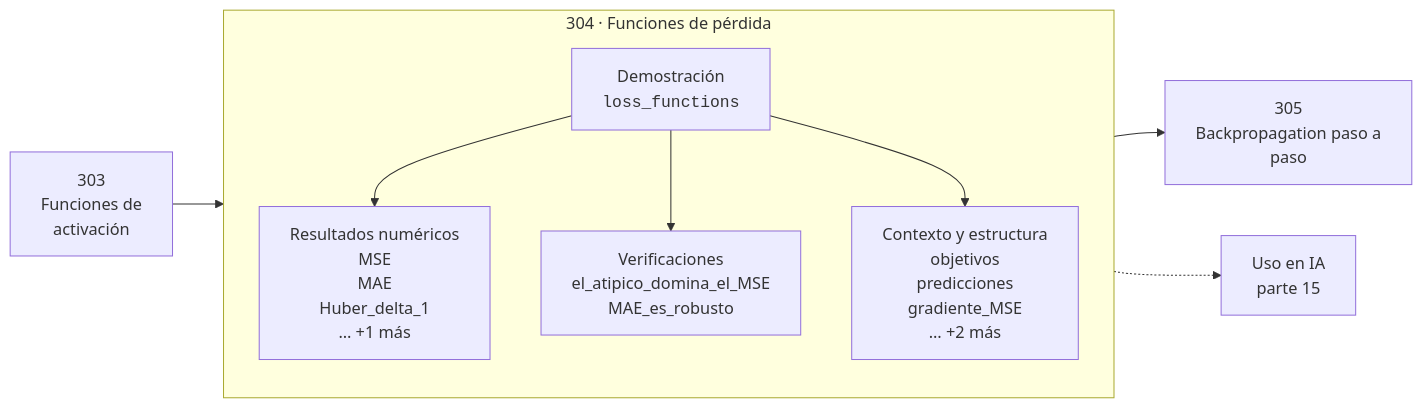
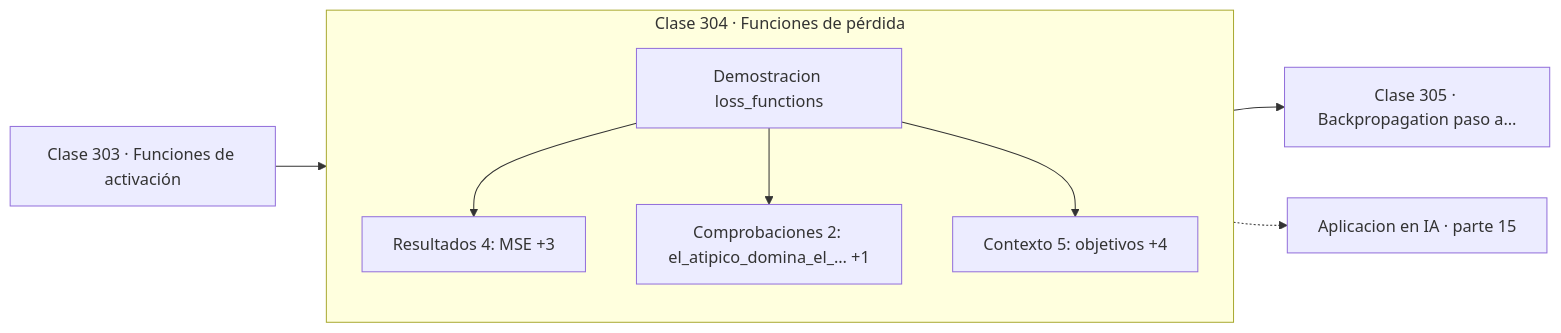
One commit to vladimiracunadev-create/computational-mathematics-program changed the diagram in classes/part-15-matematica-de-deep-learning/304-funciones-de-perdida/README.md. Above: the diagram before and after it, drawn with Mermaid. The commit also changed 389 other files, not shown here.

First line of the commit message:
fix(diagramas): elimina el HTML de las etiquetas Mermaid

````diff
--- a/classes/part-15-matematica-de-deep-learning/304-funciones-de-perdida/README.md
+++ b/classes/part-15-matematica-de-deep-learning/304-funciones-de-perdida/README.md
@@ -30,12 +30,13 @@
 ```mermaid
 flowchart LR
-    P["303<br/>Funciones de<br/>activación"] --> C
-    subgraph C["304 · Funciones de pérdida"]
+    P["Clase 303 · Funciones de activación"] --> D
+    subgraph CLASE["Clase 304 · Funciones de pérdida"]
         direction TB
-        D["Demostración<br/><code>loss_functions</code>"] --> R["Resultados numéricos<br/>MSE<br/>MAE<br/>Huber_delta_1<br/>… +1 más"]
-        D --> V["Verificaciones<br/>el_atipico_domina_el_MSE<br/>MAE_es_robusto"]
-        D --> O["Contexto y estructura<br/>objetivos<br/>predicciones<br/>gradiente_MSE<br/>… +2 más"]
+        D["Demostracion loss_functions"]
+        D --> R["Resultados 4: MSE +3"]
+        D --> V["Comprobaciones 2: el_atipico_domina_el_… +1"]
+        D --> O["Contexto 5: objetivos +4"]
     end
-    C --> N["305<br/>Backpropagation paso a<br/>paso"]
-    C -.-> IA["Uso en IA<br/>parte 15"]
+    R --> N["Clase 305 · Backpropagation paso a…"]
+    V -.-> IA["Aplicacion en IA · parte 15"]
 ```
````
